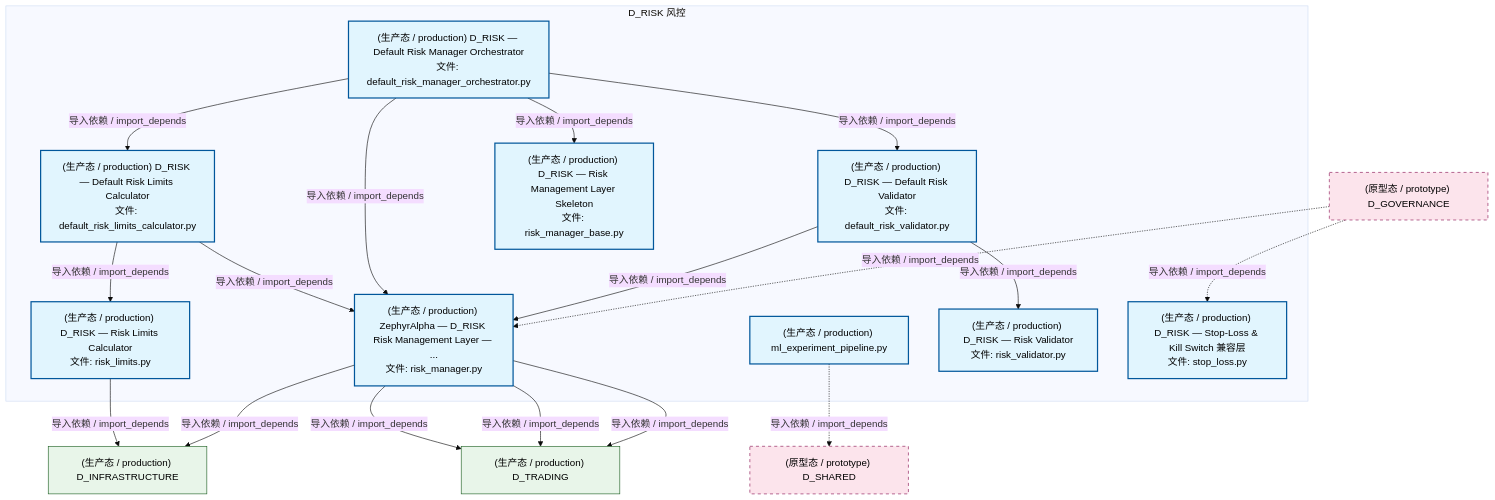
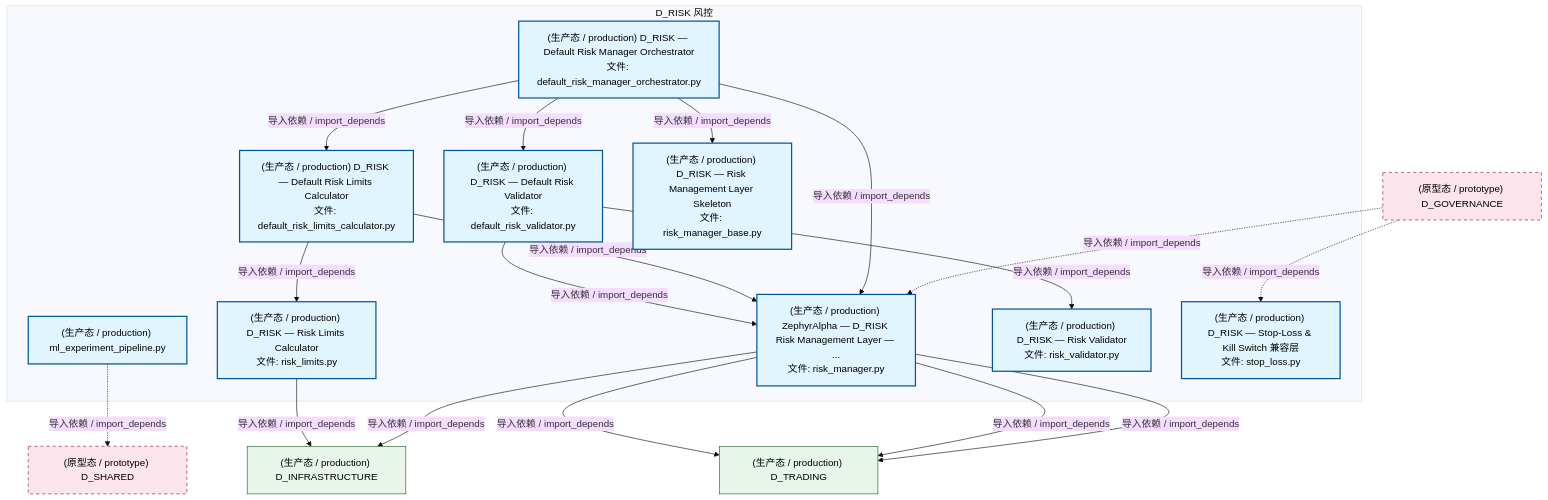
One commit to xuanFelixVan/ZephyrAlpha changed the second of 4 diagrams in docs/02_enterprise_architecture/02_domain_architecture_docs/54_d_risk.md. Above: the diagram before and after it, drawn with Mermaid (base theme). The commit also changed other lines of this file and 126 other files, not shown here.

````diff
--- a/docs/02_enterprise_architecture/02_domain_architecture_docs/54_d_risk.md
+++ b/docs/02_enterprise_architecture/02_domain_architecture_docs/54_d_risk.md
@@ -188,41 +188,41 @@
 ```mermaid
 graph TD
     subgraph D_RISK["D_RISK 风控"]
         src_zephyr_risk_cross_asset_cross_market_data_adapter_ml_experiment_pipeline_py["(生产态 / production) ml_experiment_pipeline.py"]
         src_zephyr_risk_implementations_default_risk_limits_calculator_py["(生产态 / production) D_RISK — Default Risk Limits Calculator<br/>文件: default_risk_limits_calculator.py"]
         src_zephyr_risk_implementations_default_risk_manager_orchestrator_py["(生产态 / production) D_RISK — Default Risk Manager Orchestrator<br/>文件: default_risk_manager_orchestrator.py"]
         src_zephyr_risk_implementations_default_risk_validator_py["(生产态 / production) D_RISK — Default Risk Validator<br/>文件: default_risk_validator.py"]
         src_zephyr_risk_risk_limits_py["(生产态 / production) D_RISK — Risk Limits Calculator<br/>文件: risk_limits.py"]
         src_zephyr_risk_risk_manager_py["(生产态 / production) ZephyrAlpha — D_RISK Risk Management Layer — ...<br/>文件: risk_manager.py"]
         src_zephyr_risk_risk_manager_base_py["(生产态 / production) D_RISK — Risk Management Layer Skeleton<br/>文件: risk_manager_base.py"]
         src_zephyr_risk_risk_validator_py["(生产态 / production) D_RISK — Risk Validator<br/>文件: risk_validator.py"]
         src_zephyr_risk_stop_loss_py["(生产态 / production) D_RISK — Stop-Loss & Kill Switch 兼容层<br/>文件: stop_loss.py"]
     end
+    src_zephyr_risk_implementations_default_risk_validator_py -->|导入依赖 / import_depends| src_zephyr_risk_risk_validator_py
+    src_zephyr_risk_implementations_default_risk_validator_py -->|导入依赖 / import_depends| src_zephyr_risk_risk_manager_py
+    src_zephyr_risk_implementations_default_risk_limits_calculator_py -->|导入依赖 / import_depends| src_zephyr_risk_risk_limits_py
     src_zephyr_risk_implementations_default_risk_limits_calculator_py -->|导入依赖 / import_depends| src_zephyr_risk_risk_manager_py
-    src_zephyr_risk_implementations_default_risk_limits_calculator_py -->|导入依赖 / import_depends| src_zephyr_risk_risk_limits_py
     src_zephyr_risk_implementations_default_risk_manager_orchestrator_py -->|导入依赖 / import_depends| src_zephyr_risk_risk_manager_base_py
     src_zephyr_risk_implementations_default_risk_manager_orchestrator_py -->|导入依赖 / import_depends| src_zephyr_risk_risk_manager_py
+    src_zephyr_risk_implementations_default_risk_manager_orchestrator_py -->|导入依赖 / import_depends| src_zephyr_risk_implementations_default_risk_validator_py
     src_zephyr_risk_implementations_default_risk_manager_orchestrator_py -->|导入依赖 / import_depends| src_zephyr_risk_implementations_default_risk_limits_calculator_py
-    src_zephyr_risk_implementations_default_risk_manager_orchestrator_py -->|导入依赖 / import_depends| src_zephyr_risk_implementations_default_risk_validator_py
-    src_zephyr_risk_implementations_default_risk_validator_py -->|导入依赖 / import_depends| src_zephyr_risk_risk_manager_py
-    src_zephyr_risk_implementations_default_risk_validator_py -->|导入依赖 / import_depends| src_zephyr_risk_risk_validator_py
     D_INFRASTRUCTURE["(生产态 / production) D_INFRASTRUCTURE"]
     src_zephyr_risk_risk_limits_py -->|导入依赖 / import_depends| D_INFRASTRUCTURE
-    D_SHARED["(原型态 / prototype) D_SHARED"]
-    src_zephyr_risk_cross_asset_cross_market_data_adapter_ml_experiment_pipeline_py -.->|导入依赖 / import_depends| D_SHARED
-    src_zephyr_risk_risk_manager_py -->|导入依赖 / import_depends| D_INFRASTRUCTURE
     D_TRADING["(生产态 / production) D_TRADING"]
     src_zephyr_risk_risk_manager_py -->|导入依赖 / import_depends| D_TRADING
     src_zephyr_risk_risk_manager_py -->|导入依赖 / import_depends| D_TRADING
+    src_zephyr_risk_risk_manager_py -->|导入依赖 / import_depends| D_INFRASTRUCTURE
     src_zephyr_risk_risk_manager_py -->|导入依赖 / import_depends| D_TRADING
+    D_SHARED["(原型态 / prototype) D_SHARED"]
+    src_zephyr_risk_cross_asset_cross_market_data_adapter_ml_experiment_pipeline_py -.->|导入依赖 / import_depends| D_SHARED
     D_GOVERNANCE["(原型态 / prototype) D_GOVERNANCE"]
     D_GOVERNANCE -.->|导入依赖 / import_depends| src_zephyr_risk_risk_manager_py
     D_GOVERNANCE -.->|导入依赖 / import_depends| src_zephyr_risk_stop_loss_py
     classDef production fill:#e1f5fe,stroke:#01579b,stroke-width:2px,color:#000
     classDef design fill:#fff3e0,stroke:#e65100,stroke-width:2px,color:#000,stroke-dasharray: 5 5
     classDef external_prod fill:#e8f5e9,stroke:#1b5e20,stroke-width:1px,color:#000
     classDef external_design fill:#fce4ec,stroke:#880e4f,stroke-width:1px,color:#000,stroke-dasharray: 5 5
     class src_zephyr_risk_cross_asset_cross_market_data_adapter_ml_experiment_pipeline_py,src_zephyr_risk_implementations_default_risk_limits_calculator_py,src_zephyr_risk_implementations_default_risk_manager_orchestrator_py,src_zephyr_risk_implementations_default_risk_validator_py,src_zephyr_risk_risk_limits_py,src_zephyr_risk_risk_manager_py,src_zephyr_risk_risk_manager_base_py,src_zephyr_risk_risk_validator_py,src_zephyr_risk_stop_loss_py production
     class D_INFRASTRUCTURE,D_TRADING external_prod
     class D_SHARED,D_GOVERNANCE external_design
 ```
````
